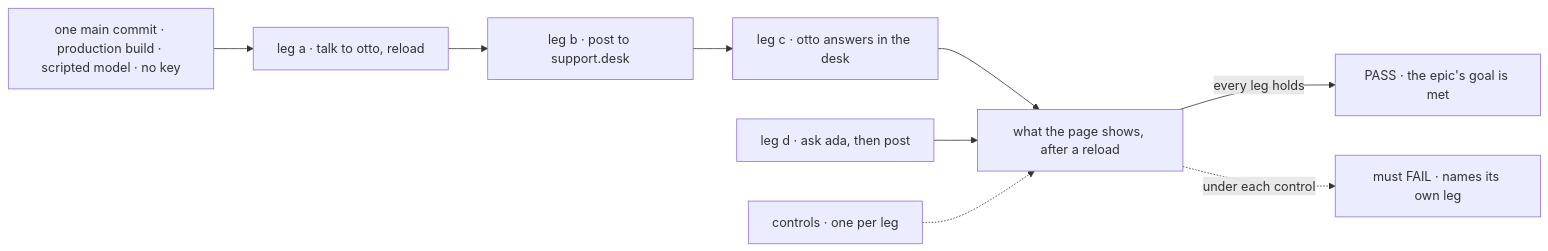
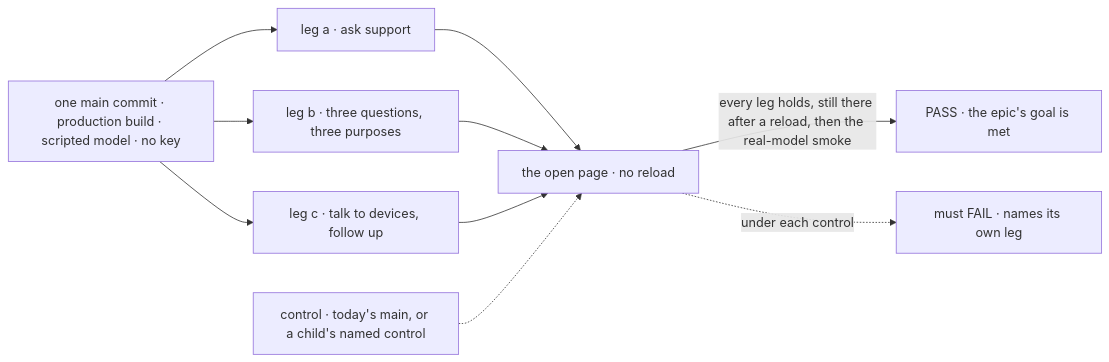
Before and after one commit to fixpoint-labs/flow-state-dev: the diagram in specs/issues/FIX-1601/SPEC.md, drawn with Mermaid. The commit also changed other lines of this file and 6 other files, not shown here.

````diff
--- a/specs/issues/FIX-1601/SPEC.md
+++ b/specs/issues/FIX-1601/SPEC.md
@@ -33,11 +34,12 @@
 ```mermaid
 flowchart LR
-  B["one main commit · production build · scripted model · no key"] --> A["leg a · talk to otto, reload"]
-  A --> P["leg b · post to support.desk"]
-  P --> C["leg c · otto answers in the desk"]
-  C --> R["what the page shows, after a reload"]
-  D["leg d · ask ada, then post"] --> R
-  R -->|"every leg holds"| PASS["PASS · the epic's goal is met"]
-  X["controls · one per leg"] -.-> R
+  B["one main commit · production build · scripted model · no key"] --> A["leg a · ask support"]
+  B --> P["leg b · three questions, three purposes"]
+  B --> C["leg c · talk to devices, follow up"]
+  A --> R["the open page · no reload"]
+  P --> R
+  C --> R
+  R -->|"every leg holds, still there after a reload, then the real-model smoke"| PASS["PASS · the epic's goal is met"]
+  X["control · today's main, or a child's named control"] -.-> R
   R -.->|"under each control"| F["must FAIL · names its own leg"]
 ```
````
